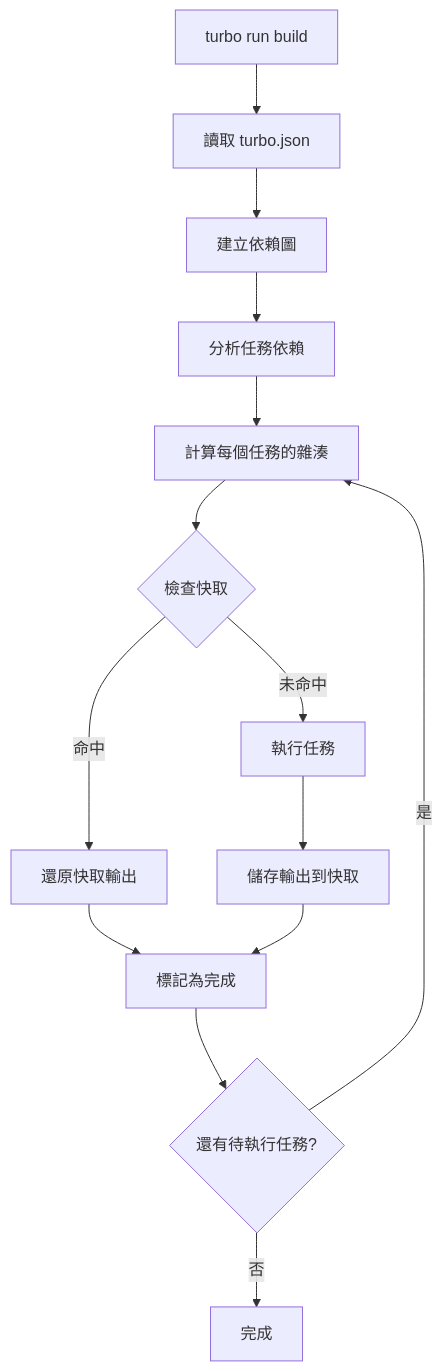
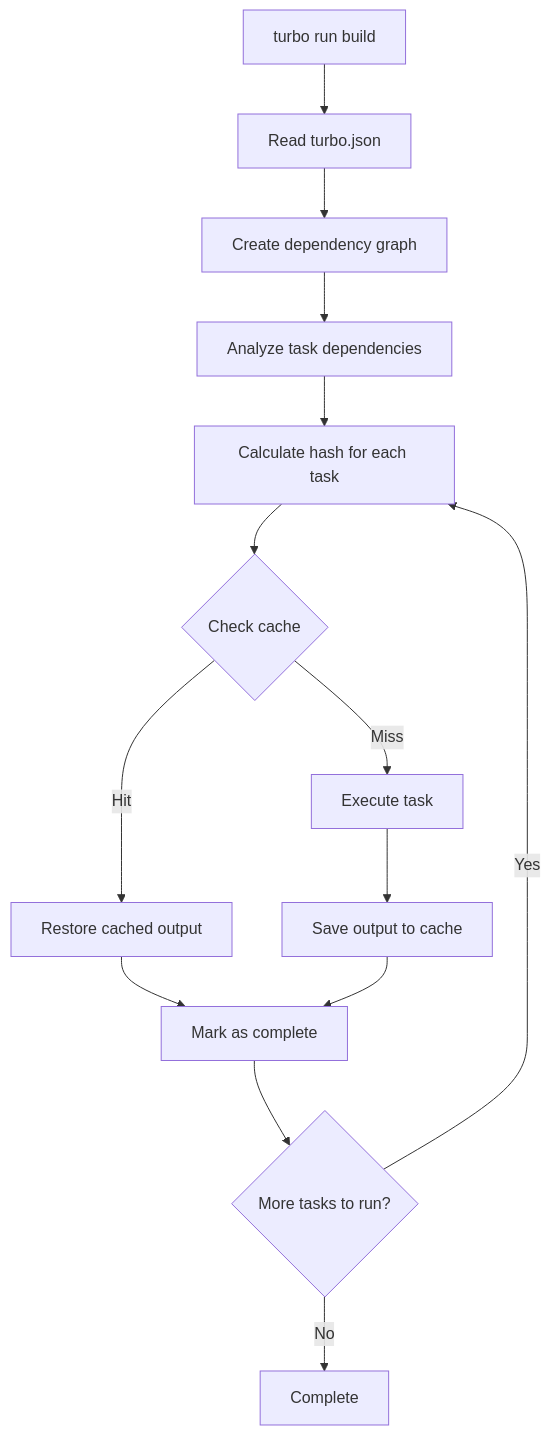
The fifth of 5 diagrams in turborepo-guide.md (BardKidd/EasyAccounting), drawn with Mermaid before and after one commit. The commit also changed other lines of this file and 15 other files, not shown here.

````diff
--- a/turborepo-guide.md
+++ b/turborepo-guide.md
@@ -630,16 +630,16 @@
 ```mermaid
 flowchart TD
-    A[turbo run build] --> B[讀取 turbo.json]
-    B --> C[建立依賴圖]
-    C --> D[分析任務依賴]
-    D --> E[計算每個任務的雜湊]
-    E --> F{檢查快取}
-    F -->|命中| G[還原快取輸出]
-    F -->|未命中| H[執行任務]
-    H --> I[儲存輸出到快取]
-    G --> J[標記為完成]
+    A[turbo run build] --> B[Read turbo.json]
+    B --> C[Create dependency graph]
+    C --> D[Analyze task dependencies]
+    D --> E[Calculate hash for each task]
+    E --> F{Check cache}
+    F -->|Hit| G[Restore cached output]
+    F -->|Miss| H[Execute task]
+    H --> I[Save output to cache]
+    G --> J[Mark as complete]
     I --> J
-    J --> K{還有待執行任務?}
-    K -->|是| E
-    K -->|否| L[完成]
+    J --> K{More tasks to run?}
+    K -->|Yes| E
+    K -->|No| L[Complete]
 ```
````
